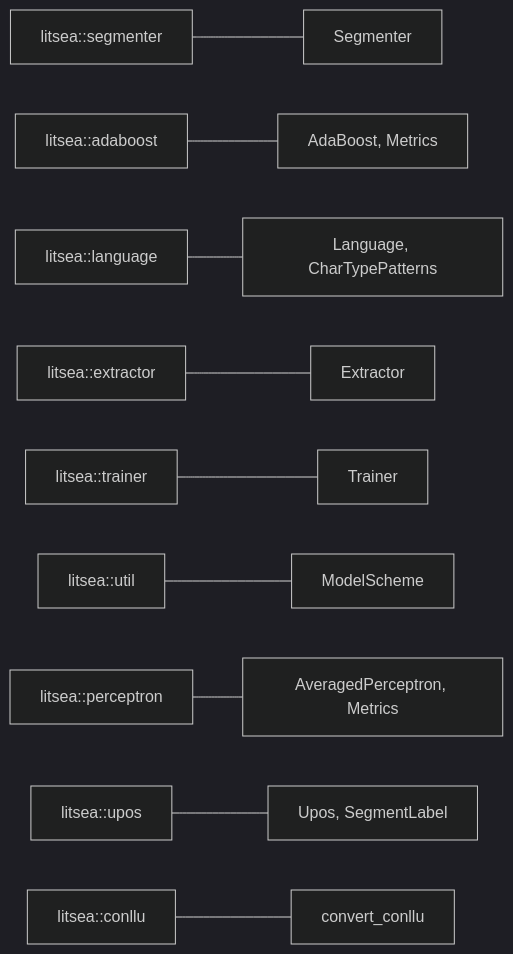
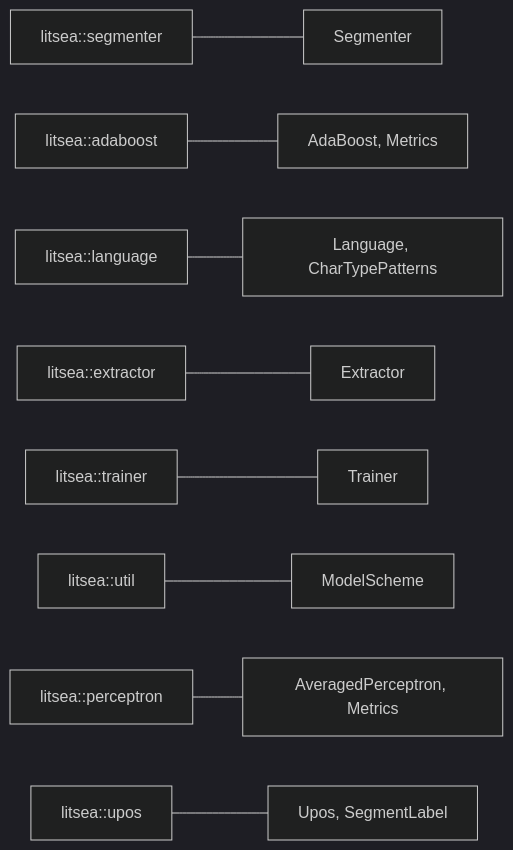
Before and after one commit to mosuka/litsea: the diagram in docs/ja/src/litsea.md, drawn with Mermaid (dark theme). The commit also changed other lines of this file and 35 other files, not shown here.

````diff
--- a/docs/ja/src/litsea.md
+++ b/docs/ja/src/litsea.md
@@ -15,12 +15,11 @@
 ```mermaid
 graph LR
     A["litsea::segmenter"] --- B["Segmenter"]
     C["litsea::adaboost"] --- D["AdaBoost, Metrics"]
     E["litsea::language"] --- F["Language, CharTypePatterns"]
     G["litsea::extractor"] --- H["Extractor"]
     I["litsea::trainer"] --- J["Trainer"]
     K["litsea::util"] --- L["ModelScheme"]
     M["litsea::perceptron"] --- N["AveragedPerceptron, Metrics"]
     O["litsea::upos"] --- P["Upos, SegmentLabel"]
-    Q["litsea::conllu"] --- R["convert_conllu"]
 ```
````
